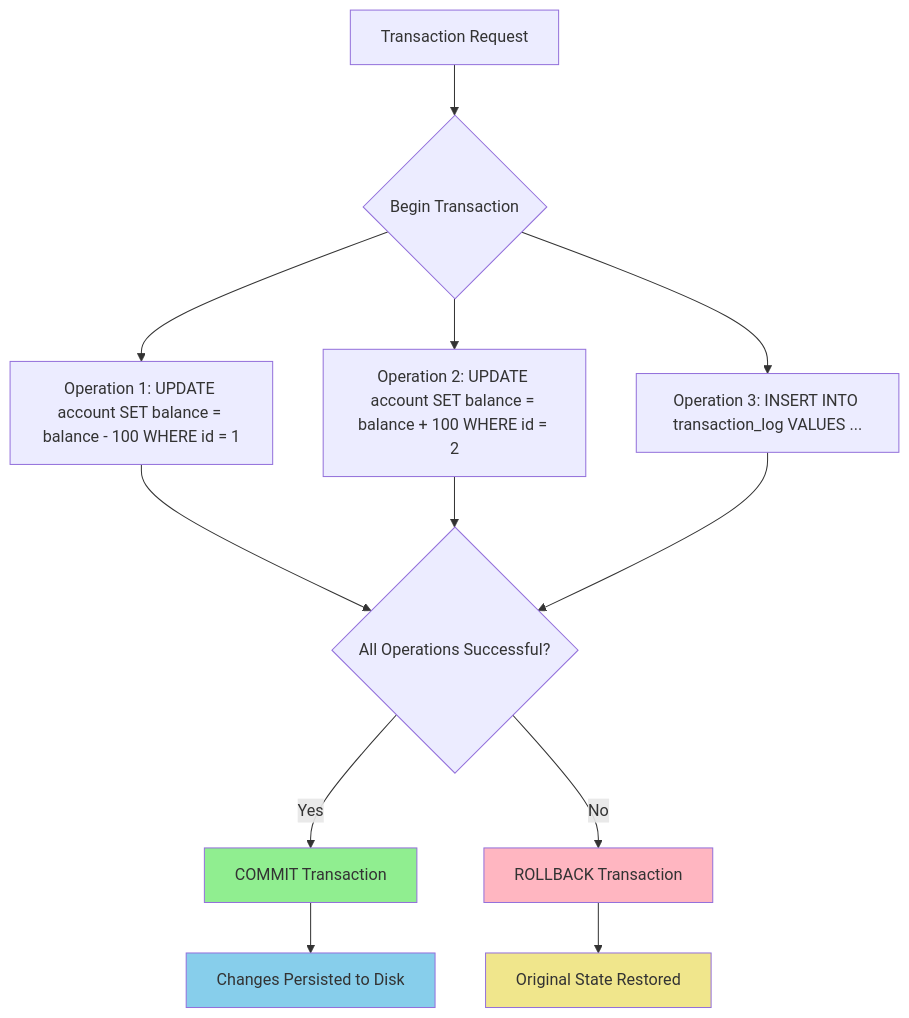
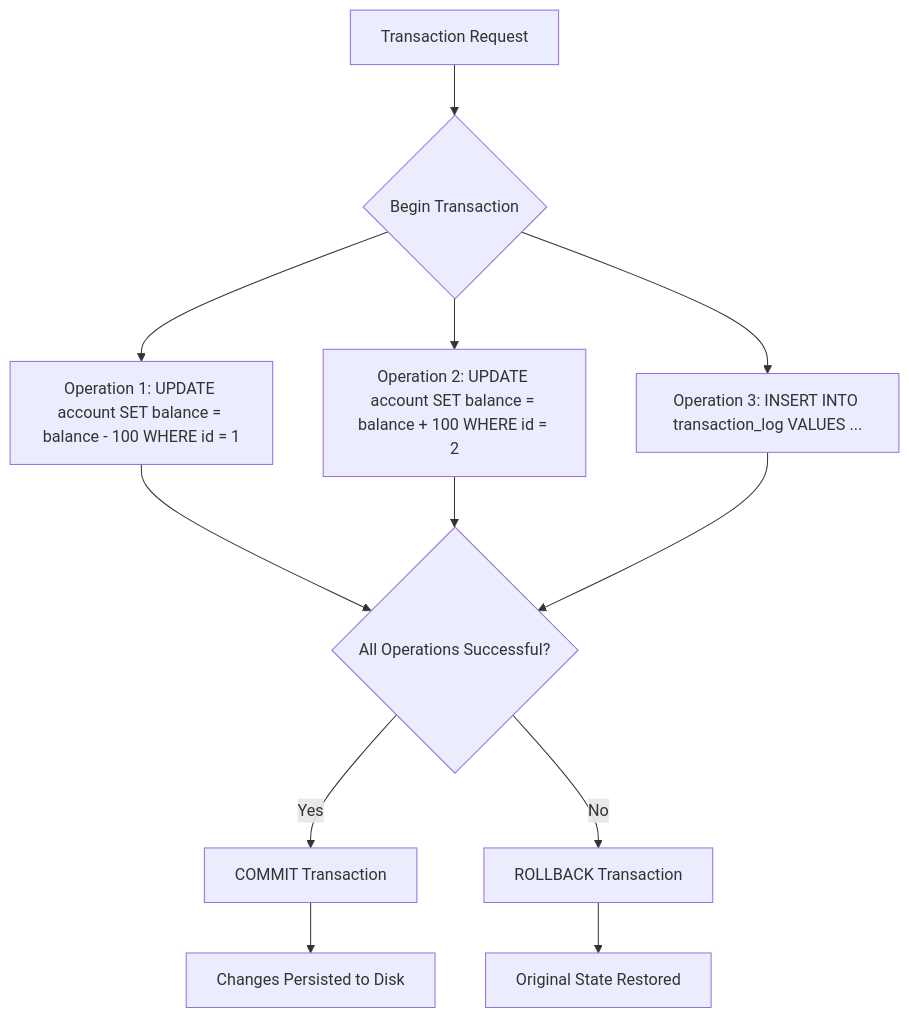
One commit to Ritahchanger/system_design changed the second of 8 diagrams in databases/docs/relational.md. Above: the diagram before and after it, drawn with Mermaid. The commit also changed other lines of this file and 5 other files, not shown here.

Commit message:
Updated visual diagrams and added readme for database case studies

````diff
--- a/databases/docs/relational.md
+++ b/databases/docs/relational.md
@@ -38,19 +38,14 @@
 ```mermaid
 graph TD
     A[Transaction Request] --> B{Begin Transaction}
     B --> C[Operation 1: UPDATE account SET balance = balance - 100 WHERE id = 1]
     B --> D[Operation 2: UPDATE account SET balance = balance + 100 WHERE id = 2]
     B --> E[Operation 3: INSERT INTO transaction_log VALUES ...]
     C --> F{All Operations Successful?}
     D --> F
     E --> F
     F -->|Yes| G[COMMIT Transaction]
     F -->|No| H[ROLLBACK Transaction]
     G --> I[Changes Persisted to Disk]
     H --> J[Original State Restored]
-    
-    style G fill:#90EE90
-    style H fill:#FFB6C1
-    style I fill:#87CEEB
-    style J fill:#F0E68C
 ```
````
